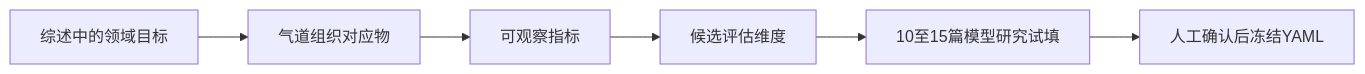
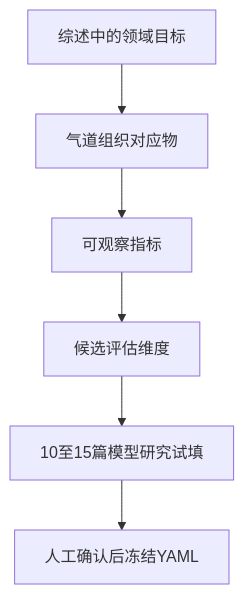
The diagram in 26出国灵感/综述-气道类器官和呼吸道病毒/Part1-AB-5篇综述精读-评估维度提炼.md (huangning-ring/obsidian-vault), drawn with Mermaid before and after one commit. The commit also changed other lines of this file and 5 other files, not shown here.

````diff
--- a/26出国灵感/综述-气道类器官和呼吸道病毒/Part1-AB-5篇综述精读-评估维度提炼.md
+++ b/26出国灵感/综述-气道类器官和呼吸道病毒/Part1-AB-5篇综述精读-评估维度提炼.md
@@ -10,8 +10,8 @@
 ```mermaid
-flowchart LR
+flowchart TD
   A[综述中的领域目标] --> B[气道组织对应物]
   B --> C[可观察指标]
   C --> D[候选评估维度]
   D --> E[10至15篇模型研究试填]
   E --> F[人工确认后冻结YAML]
 ```
````
